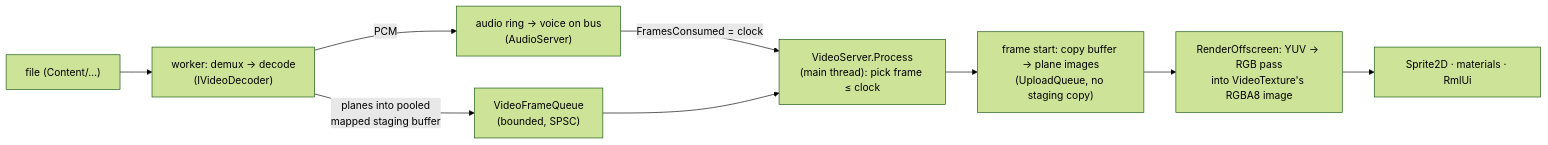
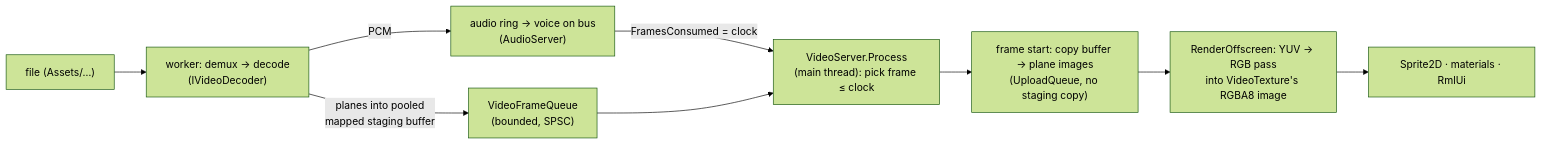
One commit to Mainframe-Games/mainframe-engine changed the diagram in docs/design/future/video-playback.md. Above: the diagram before and after it, drawn with Mermaid (forest theme). The commit also changed other lines of this file and 1186 other files, not shown here.

First line of the commit message:
Rename the content folder Content/ to Assets/ (ADR 0197) (#93)

````diff
--- a/docs/design/future/video-playback.md
+++ b/docs/design/future/video-playback.md
@@ -106,11 +106,11 @@
 ```mermaid
 flowchart LR
-    F["file (Content/…)"] --> D["worker: demux → decode<br/>(IVideoDecoder)"]
+    F["file (Assets/…)"] --> D["worker: demux → decode<br/>(IVideoDecoder)"]
     D -- "planes into pooled<br/>mapped staging buffer" --> Q["VideoFrameQueue<br/>(bounded, SPSC)"]
     D -- "PCM" --> A["audio ring → voice on bus<br/>(AudioServer)"]
     A -- "FramesConsumed = clock" --> S["VideoServer.Process<br/>(main thread): pick frame ≤ clock"]
     Q --> S
     S --> U["frame start: copy buffer → plane images<br/>(UploadQueue, no staging copy)"]
     U --> C["RenderOffscreen: YUV → RGB pass<br/>into VideoTexture's RGBA8 image"]
     C --> X["Sprite2D · materials · RmlUi"]
 ```
````
